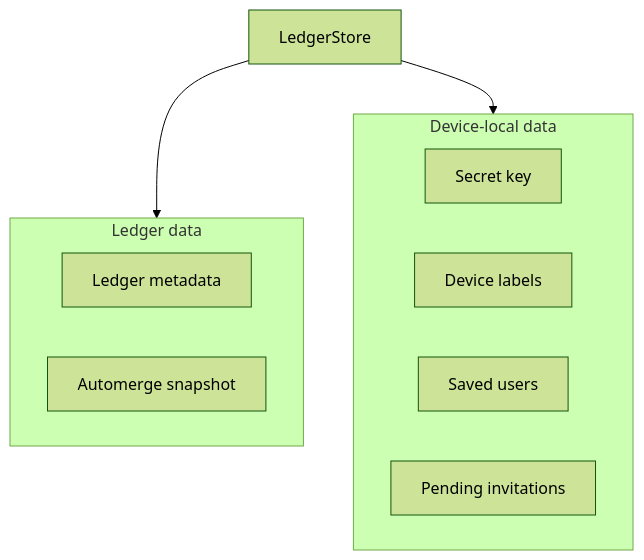
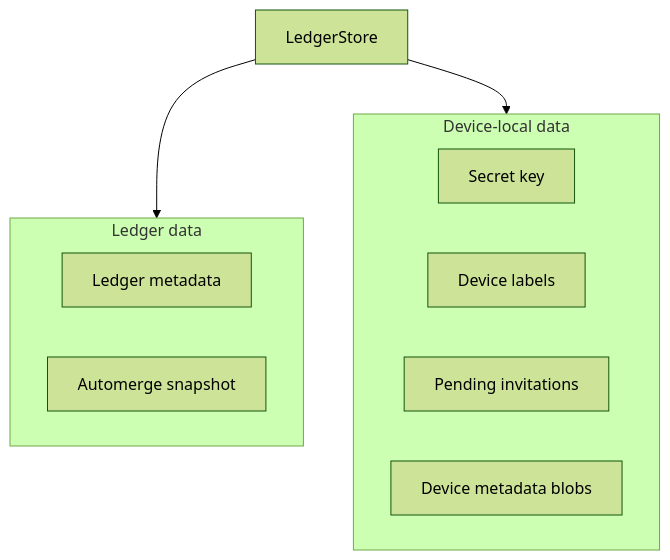
Before and after one commit to unbill-project/unbill: the diagram in unbill-docs/unbill-storage.md, drawn with Mermaid (forest theme). The commit also changed other lines of this file and 57 other files, not shown here.

````diff
--- a/unbill-docs/unbill-storage.md
+++ b/unbill-docs/unbill-storage.md
@@ -18,17 +18,17 @@
 ```mermaid
 flowchart TB
     Store["LedgerStore"]
     subgraph LedgerData["Ledger data"]
         Meta["Ledger metadata"]
         Snapshot["Automerge snapshot"]
     end
     subgraph DeviceData["Device-local data"]
         Key["Secret key"]
         Labels["Device labels"]
-        SavedUsers["Saved users"]
         Pending["Pending invitations"]
+        Blobs["Device metadata blobs"]
     end
 
     Store --> LedgerData
     Store --> DeviceData
 ```
````
